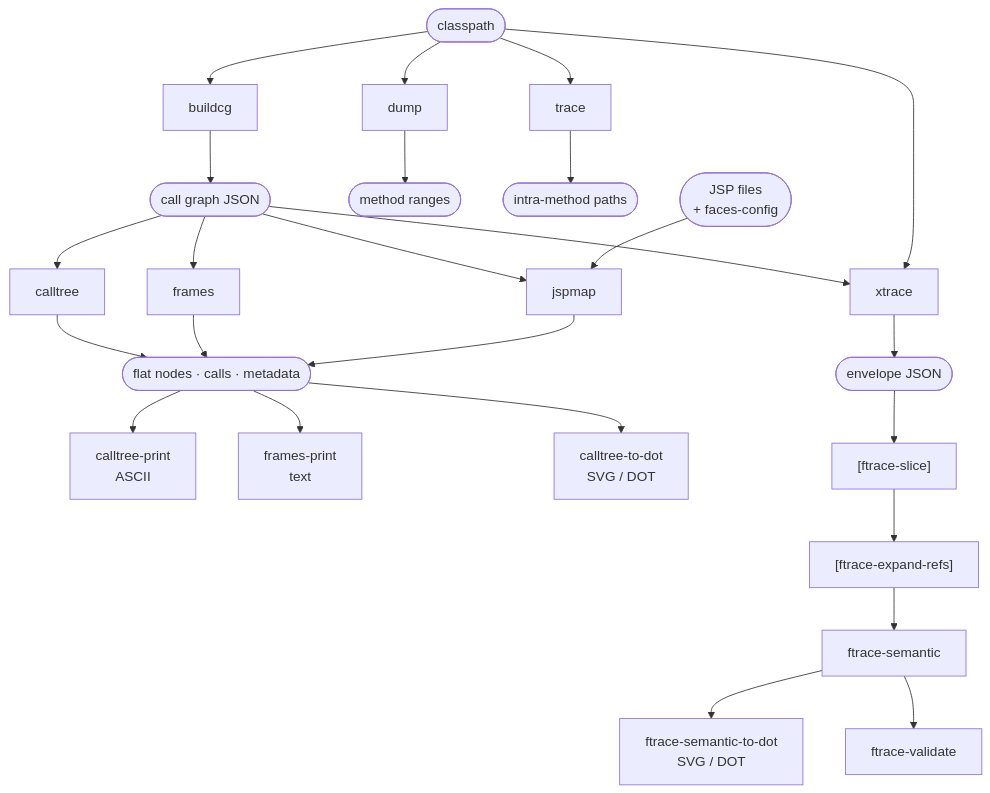
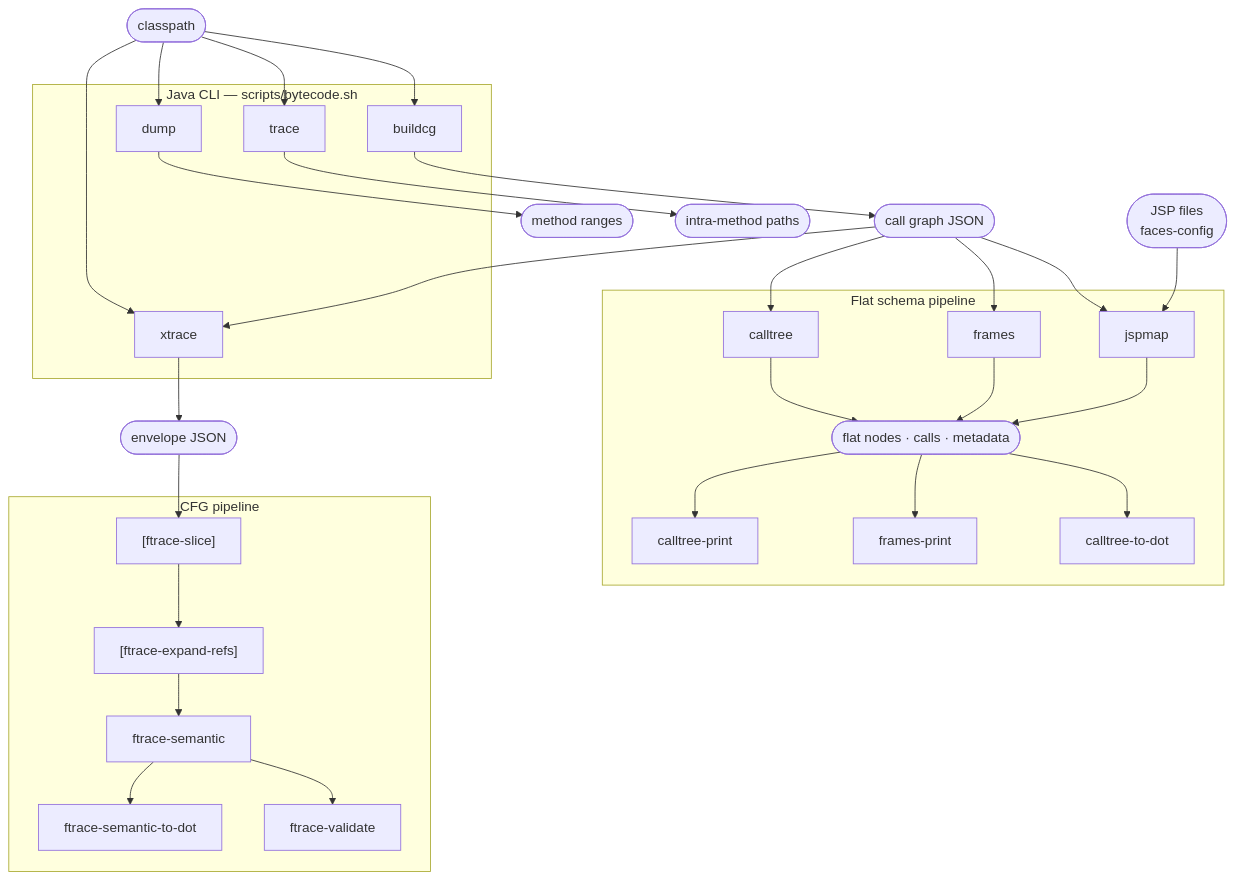
The diagram in README.md (avishek-sen-gupta/java-bytecode-tools), drawn with Mermaid before and after one commit.

Commit message:
docs: restructure Tool Combinations diagram into subgraphs to reduce edge crossings

````diff
--- a/README.md
+++ b/README.md
@@ -43,36 +43,44 @@
 ```mermaid
 flowchart TD
     classpath([classpath])
-    jsps([JSP files\n+ faces-config])
+    jsps([JSP files\nfaces-config])
 
-    classpath --> dump[dump]
-    classpath --> trace[trace]
-    classpath --> buildcg[buildcg]
+    subgraph java ["Java CLI — scripts/bytecode.sh"]
+        dump[dump]
+        trace[trace]
+        buildcg[buildcg]
+        xtrace[xtrace]
+    end
 
-    dump --> method_ranges([method ranges])
+    subgraph py_flat ["Flat schema pipeline"]
+        calltree[calltree]
+        frames[frames]
+        jspmap[jspmap]
+        flat([flat nodes · calls · metadata])
+        cp[calltree-print]
+        fp[frames-print]
+        ctd[calltree-to-dot]
+    end
+
+    subgraph py_cfg ["CFG pipeline"]
+        fslice["[ftrace-slice]"]
+        fexpand["[ftrace-expand-refs]"]
+        fsem[ftrace-semantic]
+        fsdot[ftrace-semantic-to-dot]
+        fval[ftrace-validate]
+    end
+
+    classpath --> dump & trace & buildcg & xtrace
+    dump --> mrange([method ranges])
     trace --> intra([intra-method paths])
     buildcg --> cg([call graph JSON])
-
-    cg --> calltree[calltree]
-    cg --> frames[frames]
-    cg --> jspmap[jspmap]
-    cg --> xtrace[xtrace]
-    classpath --> xtrace
-
+    cg --> xtrace & calltree & frames & jspmap
     jsps --> jspmap
 
-    calltree --> flat([flat nodes · calls · metadata])
-    frames   --> flat
-    jspmap   --> flat
-
-    flat --> cp[calltree-print\nASCII]
-    flat --> fp[frames-print\ntext]
-    flat --> ctd[calltree-to-dot\nSVG / DOT]
+    calltree & frames & jspmap --> flat
+    flat --> cp & fp & ctd
 
     xtrace --> env([envelope JSON])
-    env --> fslice["[ftrace-slice]"]
-    fslice --> fexpand["[ftrace-expand-refs]"]
-    fexpand --> fsem[ftrace-semantic]
-    fsem --> fsdot[ftrace-semantic-to-dot\nSVG / DOT]
-    fsem --> fval[ftrace-validate]
+    env --> fslice --> fexpand --> fsem
+    fsem --> fsdot & fval
 ```
````
